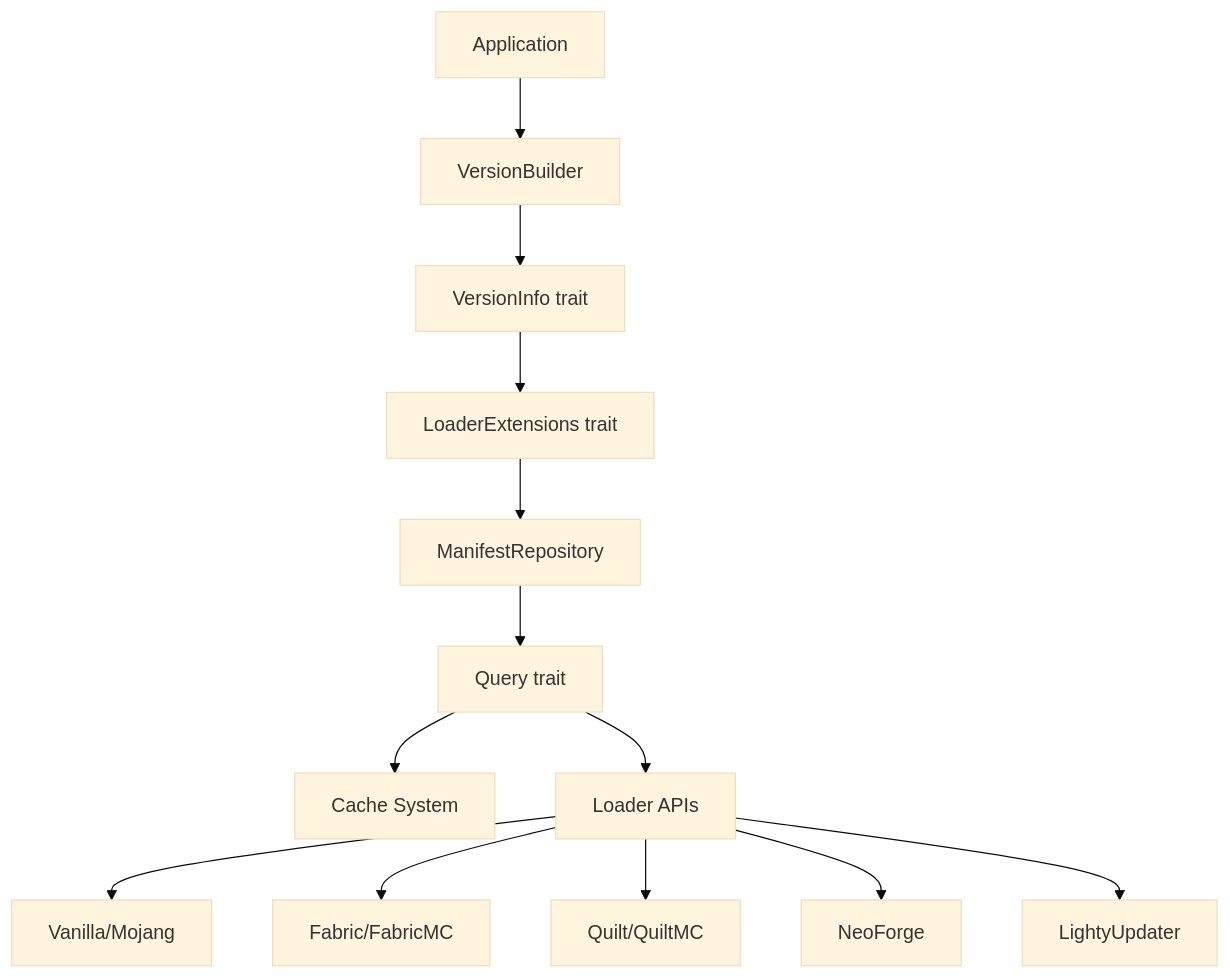
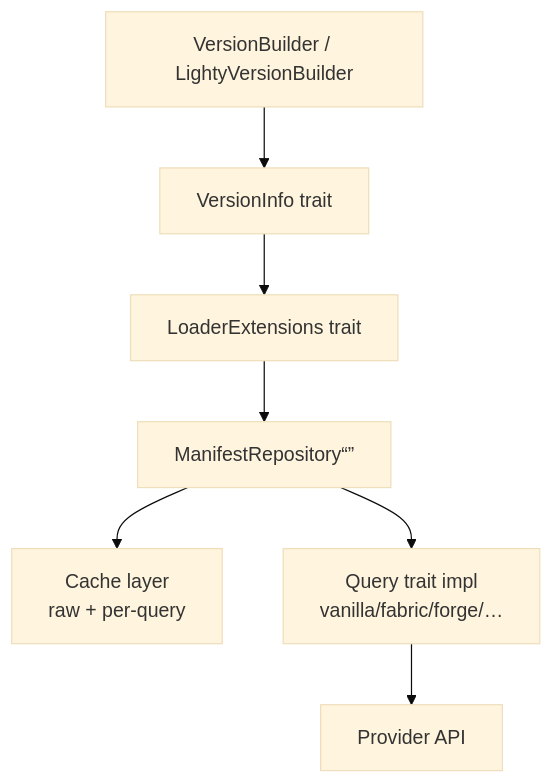
Before and after one commit to Lighty-Launcher/LightyLauncherLib: the diagram in crates/loaders/docs/overview.md, drawn with Mermaid (base theme). The commit also changed other lines of this file and 74 other files, not shown here.

````diff
--- a/crates/loaders/docs/overview.md
+++ b/crates/loaders/docs/overview.md
@@ -14,16 +32,9 @@
 ```mermaid
 flowchart TD
-    APP[Application]
-    APP --> VB[VersionBuilder]
-    VB --> VI[VersionInfo trait]
+    APP[VersionBuilder / LightyVersionBuilder] --> VI[VersionInfo trait]
     VI --> LE[LoaderExtensions trait]
-    LE --> REPO[ManifestRepository]
-    REPO --> QUERY[Query trait]
-    QUERY --> CACHE[Cache System]
-    QUERY --> API[Loader APIs]
-    API --> VANILLA[Vanilla/Mojang]
-    API --> FABRIC[Fabric/FabricMC]
-    API --> QUILT[Quilt/QuiltMC]
-    API --> NEO[NeoForge]
-    API --> LIGHTY[LightyUpdater]
+    LE --> REPO[ManifestRepository<Q>]
+    REPO --> CACHE[Cache layer<br/>raw + per-query]
+    REPO --> Q[Query trait impl<br/>vanilla/fabric/forge/…]
+    Q --> API[Provider API]
 ```
````
